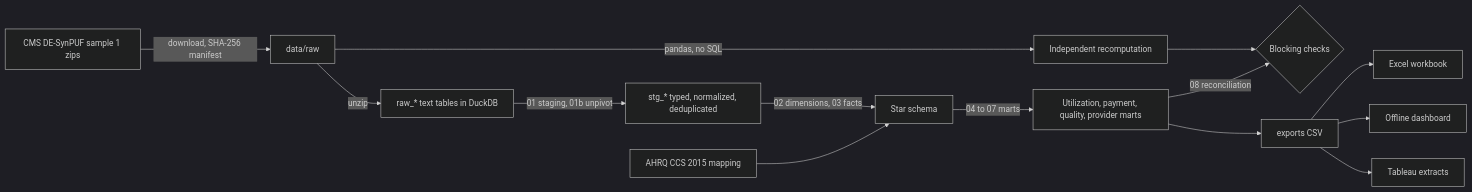
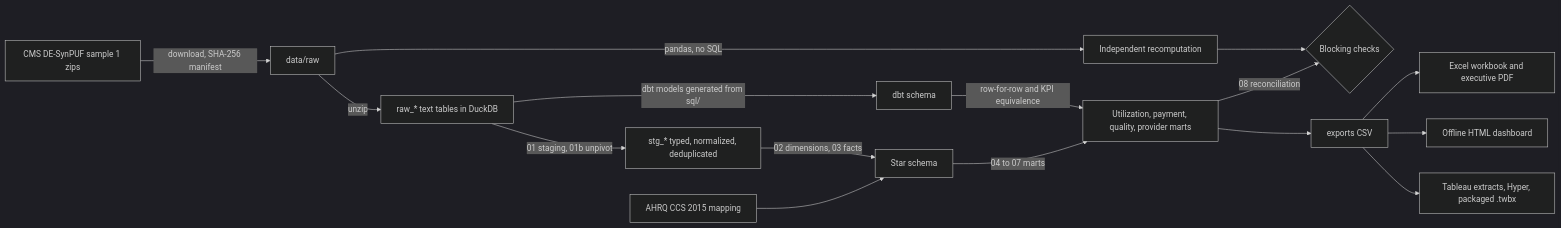
Before and after one commit to VijayChamakuri/medicare-claims-utilization-cost-quality: the first of 2 diagrams in docs/architecture.md, drawn with Mermaid (dark theme). The commit also changed other lines of this file and 124 other files, not shown here.

First line of the commit message:
BI upgrade: dbt layer, KPI contract, Excel print and PDF, published Tableau workbook

````diff
--- a/docs/architecture.md
+++ b/docs/architecture.md
@@ -5,16 +5,18 @@
 ```mermaid
 flowchart LR
     A[CMS DE-SynPUF sample 1 zips] -->|download, SHA-256 manifest| B[data/raw]
     B -->|unzip| C[raw_* text tables in DuckDB]
     C -->|01 staging, 01b unpivot| D[stg_* typed, normalized, deduplicated]
     R[AHRQ CCS 2015 mapping] --> E
     D -->|02 dimensions, 03 facts| E[Star schema]
     E -->|04 to 07 marts| F[Utilization, payment, quality, provider marts]
     F -->|08 reconciliation| G{Blocking checks}
+    C -->|dbt models generated from sql/| M[dbt schema]
+    M -->|row-for-row and KPI equivalence| F
     F --> H[exports CSV]
-    H --> I[Excel workbook]
-    H --> J[Offline dashboard]
-    H --> K[Tableau extracts]
+    H --> I[Excel workbook and executive PDF]
+    H --> J[Offline HTML dashboard]
+    H --> K[Tableau extracts, Hyper, packaged .twbx]
     B -->|pandas, no SQL| L[Independent recomputation]
     L --> G
 ```
````
